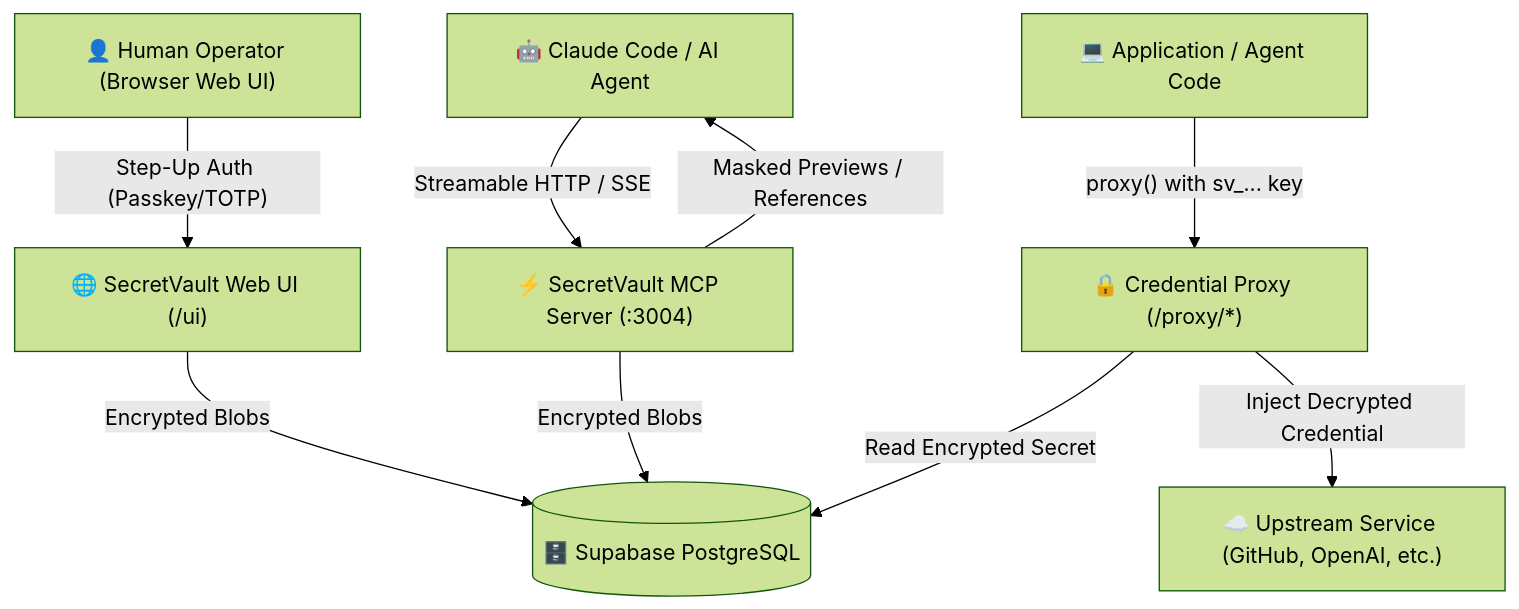
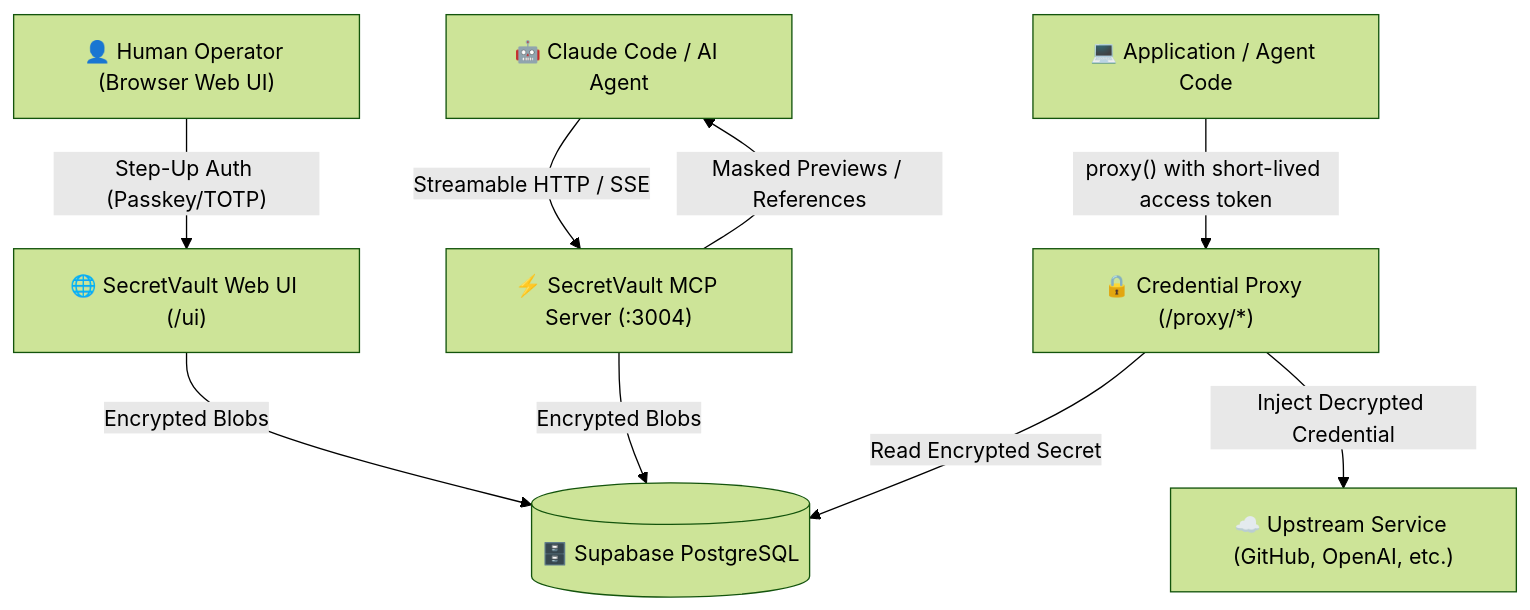
One commit to itsaygea/secretvault changed the diagram in README.md. Above: the diagram before and after it, drawn with Mermaid (forest theme). The commit also changed other lines of this file and 54 other files, not shown here.

````diff
--- a/README.md
+++ b/README.md
@@ -24,13 +24,13 @@
 ```mermaid
 graph TD
     User["👤 Human Operator (Browser Web UI)"] -->|"Step-Up Auth (Passkey/TOTP)"| WebUI["🌐 SecretVault Web UI (/ui)"]
     Claude["🤖 Claude Code / AI Agent"] -->|"Streamable HTTP / SSE"| MCP["⚡ SecretVault MCP Server (:3004)"]
-    App["💻 Application / Agent Code"] -->|"proxy() with sv_... key"| Proxy["🔒 Credential Proxy (/proxy/*)"]
+    App["💻 Application / Agent Code"] -->|"proxy() with short-lived access token"| Proxy["🔒 Credential Proxy (/proxy/*)"]
 
     MCP -->|"Masked Previews / References"| Claude
     Proxy -->|"Inject Decrypted Credential"| Upstream["☁️ Upstream Service (GitHub, OpenAI, etc.)"]
 
     WebUI -->|"Encrypted Blobs"| DB[("🗄️ Supabase PostgreSQL")]
     MCP -->|"Encrypted Blobs"| DB
     Proxy -->|"Read Encrypted Secret"| DB
 ```
````
